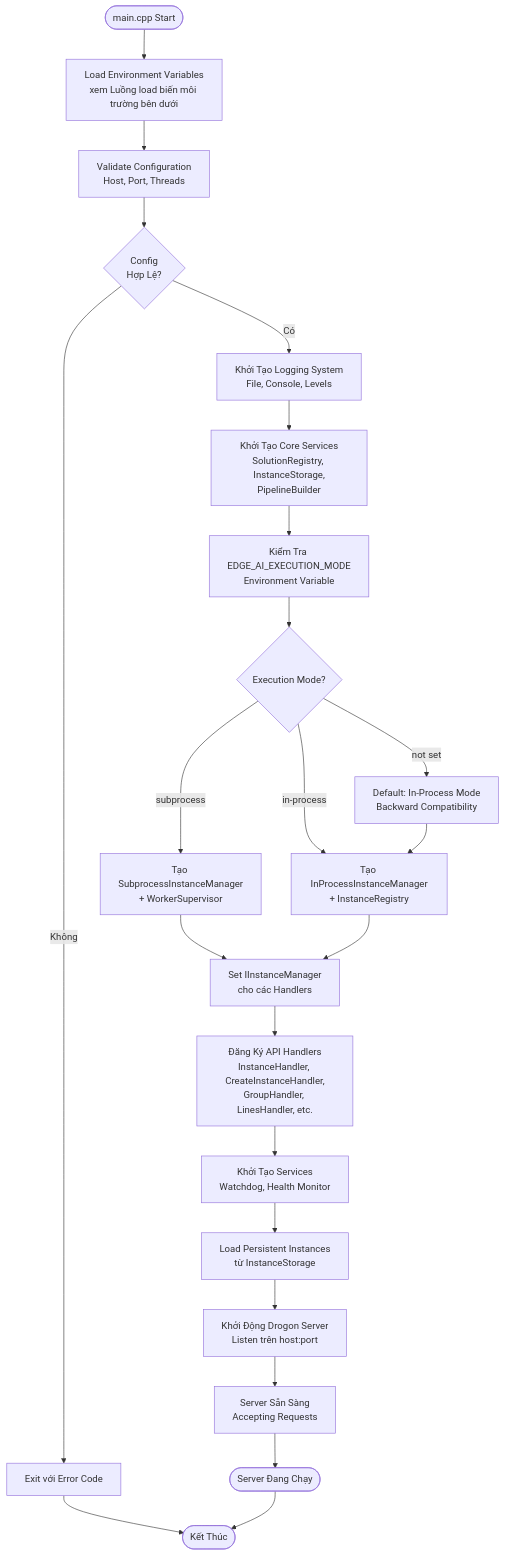
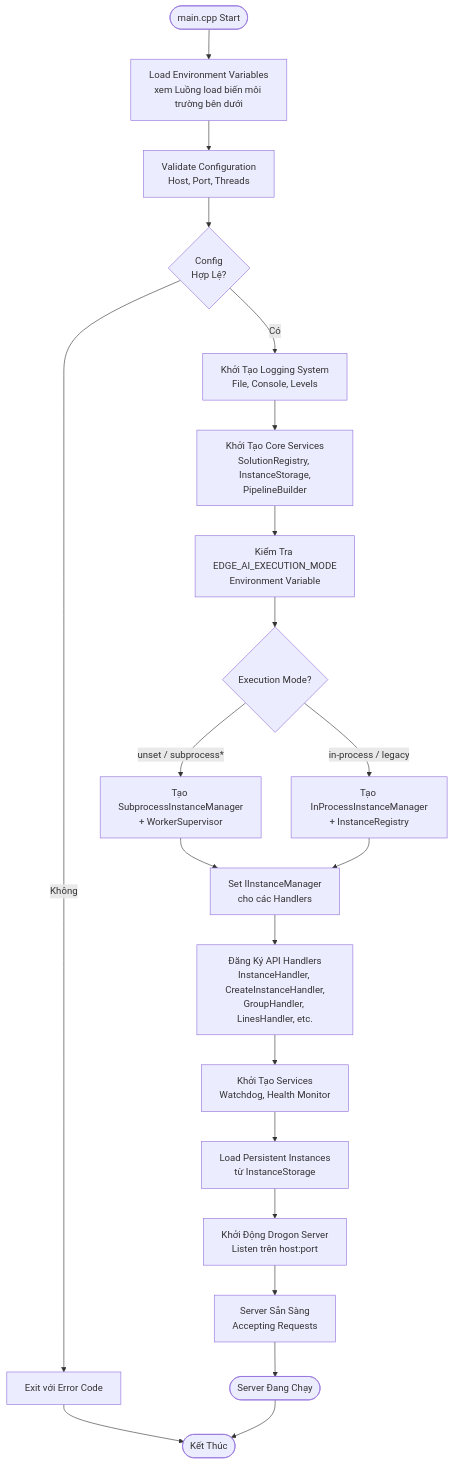
Before and after one commit to cvedix/omniapi: the seventh of 13 diagrams in docs/ARCHITECTURE.md, drawn with Mermaid. The commit also changed other lines of this file and 6 other files, not shown here.

````diff
--- a/docs/ARCHITECTURE.md
+++ b/docs/ARCHITECTURE.md
@@ -212,26 +212,24 @@
 ```mermaid
 flowchart TD
     Start([main.cpp Start]) --> LoadEnv[Load Environment Variables<br/>xem Luồng load biến môi trường bên dưới]
     LoadEnv --> ValidateConfig[Validate Configuration<br/>Host, Port, Threads]
     ValidateConfig --> ConfigInvalid{Config<br/>Hợp Lệ?}
     ConfigInvalid -->|Không| ExitError[Exit với Error Code]
     ConfigInvalid -->|Có| InitLogging[Khởi Tạo Logging System<br/>File, Console, Levels]
     InitLogging --> InitCoreServices[Khởi Tạo Core Services<br/>SolutionRegistry, InstanceStorage,<br/>PipelineBuilder]
     InitCoreServices --> CheckExecutionMode[Kiểm Tra EDGE_AI_EXECUTION_MODE<br/>Environment Variable]
     CheckExecutionMode --> ModeDecision{Execution Mode?}
-    ModeDecision -->|subprocess| CreateSubprocessManager[Tạo SubprocessInstanceManager<br/>+ WorkerSupervisor]
-    ModeDecision -->|in-process| CreateInProcessManager[Tạo InProcessInstanceManager<br/>+ InstanceRegistry]
-    ModeDecision -->|not set| DefaultInProcess[Default: In-Process Mode<br/>Backward Compatibility]
-    DefaultInProcess --> CreateInProcessManager
+    ModeDecision -->|unset / subprocess*| CreateSubprocessManager[Tạo SubprocessInstanceManager<br/>+ WorkerSupervisor]
+    ModeDecision -->|in-process / legacy| CreateInProcessManager[Tạo InProcessInstanceManager<br/>+ InstanceRegistry]
     CreateSubprocessManager --> SetInstanceManager[Set IInstanceManager<br/>cho các Handlers]
     CreateInProcessManager --> SetInstanceManager
     SetInstanceManager --> RegisterHandlers[Đăng Ký API Handlers<br/>InstanceHandler, CreateInstanceHandler,<br/>GroupHandler, LinesHandler, etc.]
     RegisterHandlers --> InitServices[Khởi Tạo Services<br/>Watchdog, Health Monitor]
     InitServices --> LoadPersistentInstances[Load Persistent Instances<br/>từ InstanceStorage]
     LoadPersistentInstances --> StartDrogon[Khởi Động Drogon Server<br/>Listen trên host:port]
     StartDrogon --> ServerReady[Server Sẵn Sàng<br/>Accepting Requests]
     ServerReady --> Running([Server Đang Chạy])
 
     ExitError --> End([Kết Thúc])
     Running --> End
 ```
````
